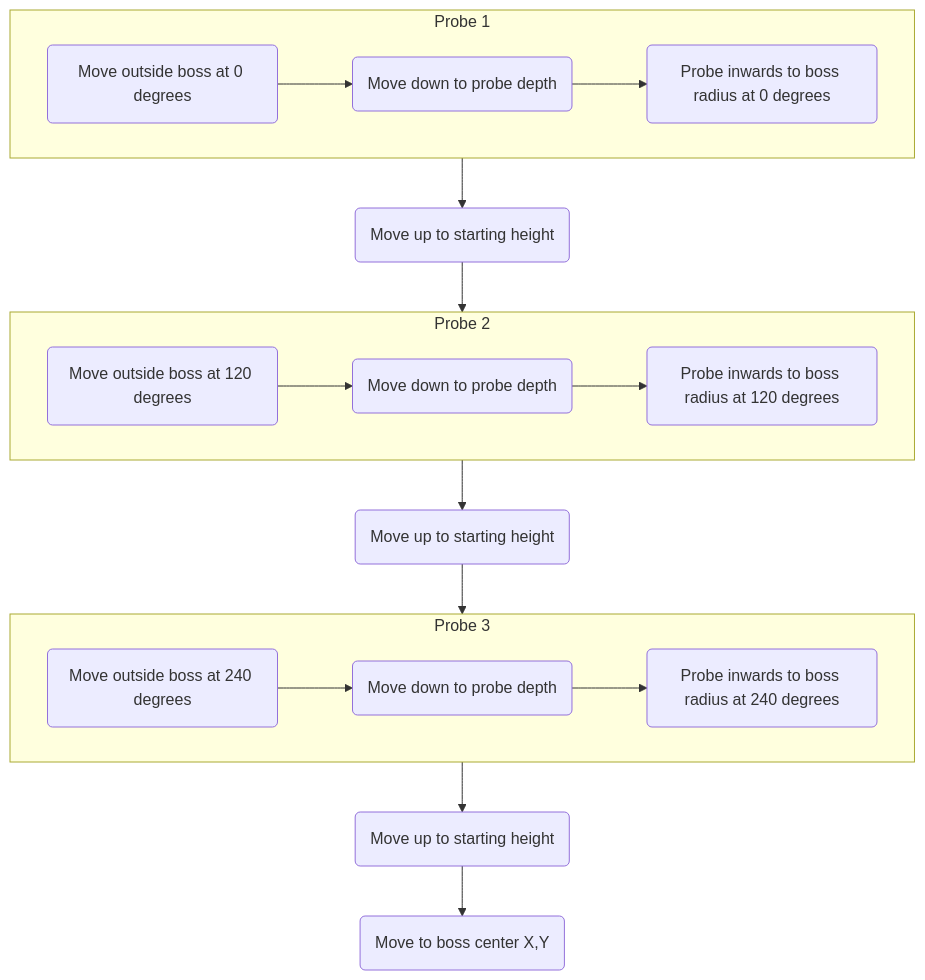
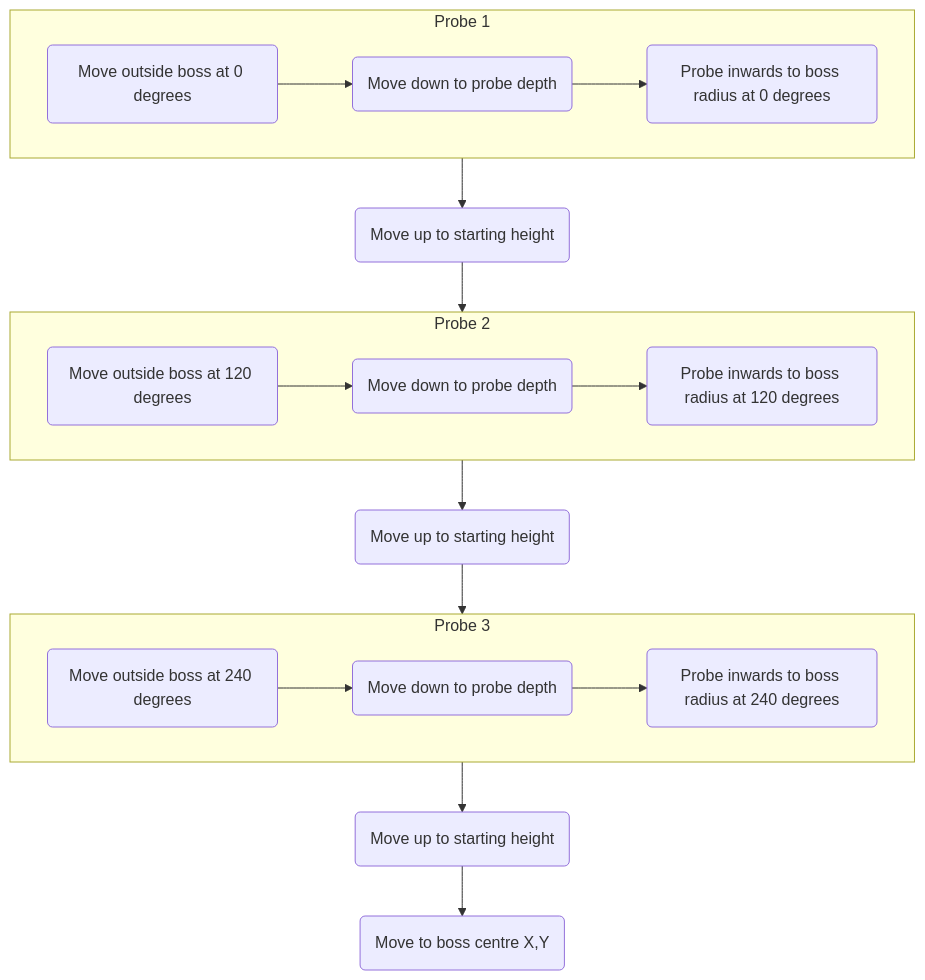
One commit to MillenniumMachines/millenniummachines.github.io changed the fifth of 10 diagrams in docs/millennium-os/manual/chapters/30_usage.md. Above: the diagram before and after it, drawn with Mermaid. The commit also changed other lines of this file and 2 other files, not shown here.

````diff
--- a/docs/millennium-os/manual/chapters/30_usage.md
+++ b/docs/millennium-os/manual/chapters/30_usage.md
@@ -275,24 +292,24 @@
 ```mermaid
 flowchart TB
     subgraph P1[Probe 1]
         1(Move outside boss at 0 degrees) -->
         2(Move down to probe depth) -->
         3(Probe inwards to boss radius at 0 degrees)
     end
     4(Move up to starting height)
     subgraph P2[Probe 2]
         5(Move outside boss at 120 degrees) -->
         6(Move down to probe depth) -->
         7(Probe inwards to boss radius at 120 degrees)
     end
     8(Move up to starting height)
     subgraph P3[Probe 3]
         9(Move outside boss at 240 degrees) -->
         10(Move down to probe depth) -->
         11(Probe inwards to boss radius at 240 degrees)
     end
     12(Move up to starting height) -->
-    13(Move to boss center X,Y)
+    13(Move to boss centre X,Y)
 
     P1 --> 4 --> P2 --> 8 --> P3 --> 12
 ```
````
